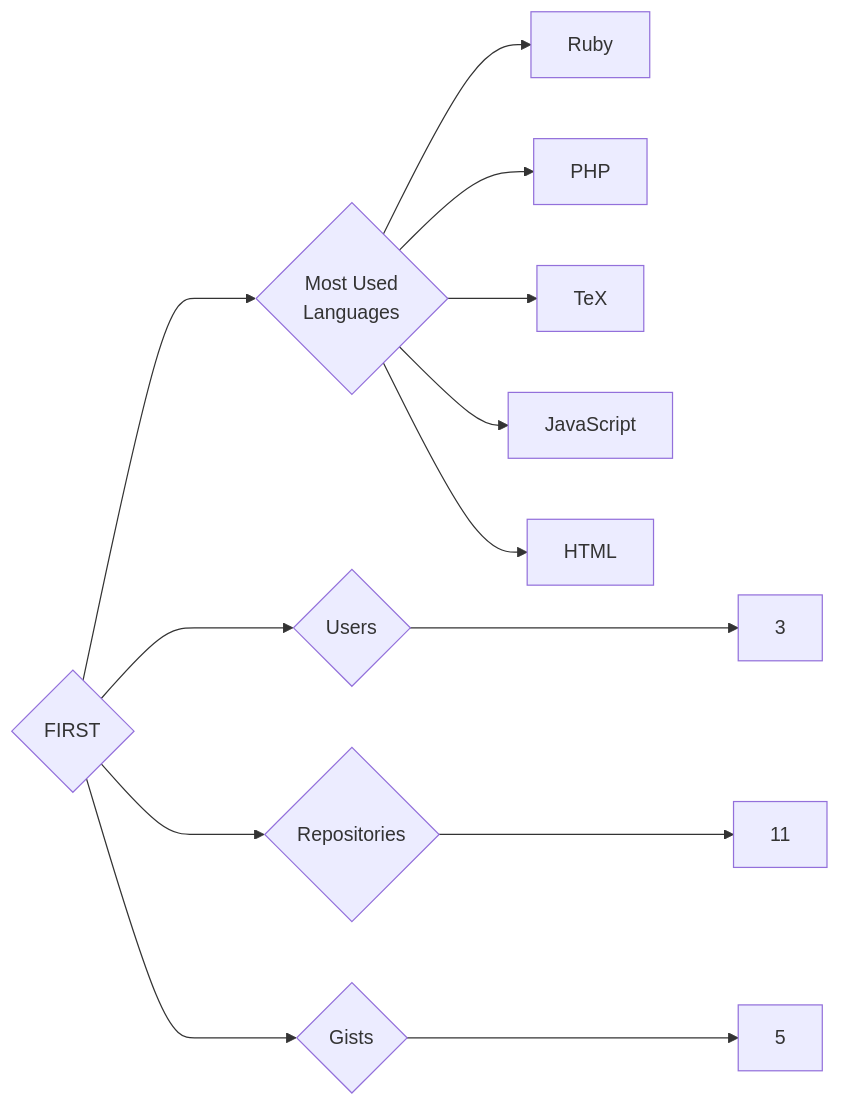
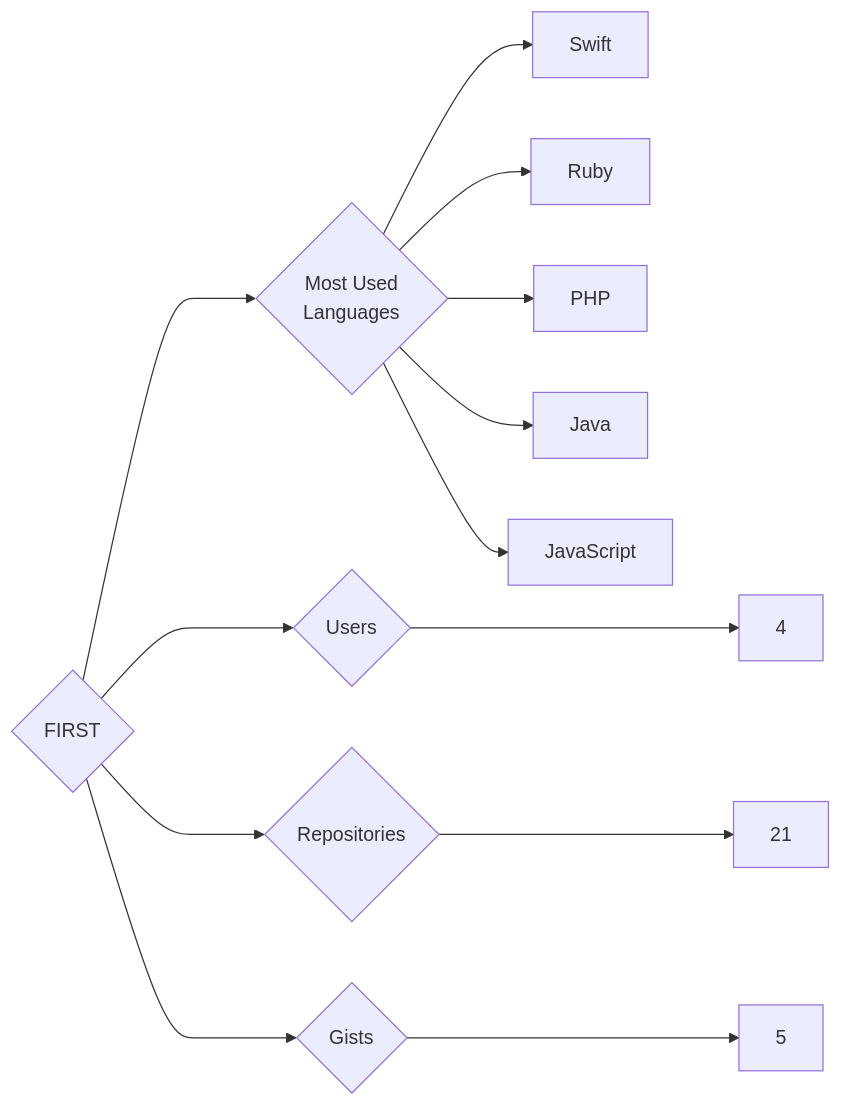
The diagram in targets/FIRST/README.md (trickest/insiders), drawn with Mermaid before and after one commit. The commit also changed 938 other files, not shown here.

````diff
--- a/targets/FIRST/README.md
+++ b/targets/FIRST/README.md
@@ -3,13 +3,13 @@
 ```mermaid
 graph LR
 COMPANY_NAME{FIRST}
-COMPANY_NAME ---> U{Users} ---> UN[3]
-COMPANY_NAME ---> R{Repositories} ---> RN[11]
+COMPANY_NAME ---> U{Users} ---> UN[4]
+COMPANY_NAME ---> R{Repositories} ---> RN[21]
 COMPANY_NAME ---> G{Gists} ---> GN[5]
 COMPANY_NAME ---> ML{Most Used<br>Languages}
+ML --> Swift[Swift]
 ML --> Ruby[Ruby]
 ML --> PHP[PHP]
-ML --> TeX[TeX]
+ML --> Java[Java]
 ML --> JavaScript[JavaScript]
-ML --> HTML[HTML]
 ```
````
